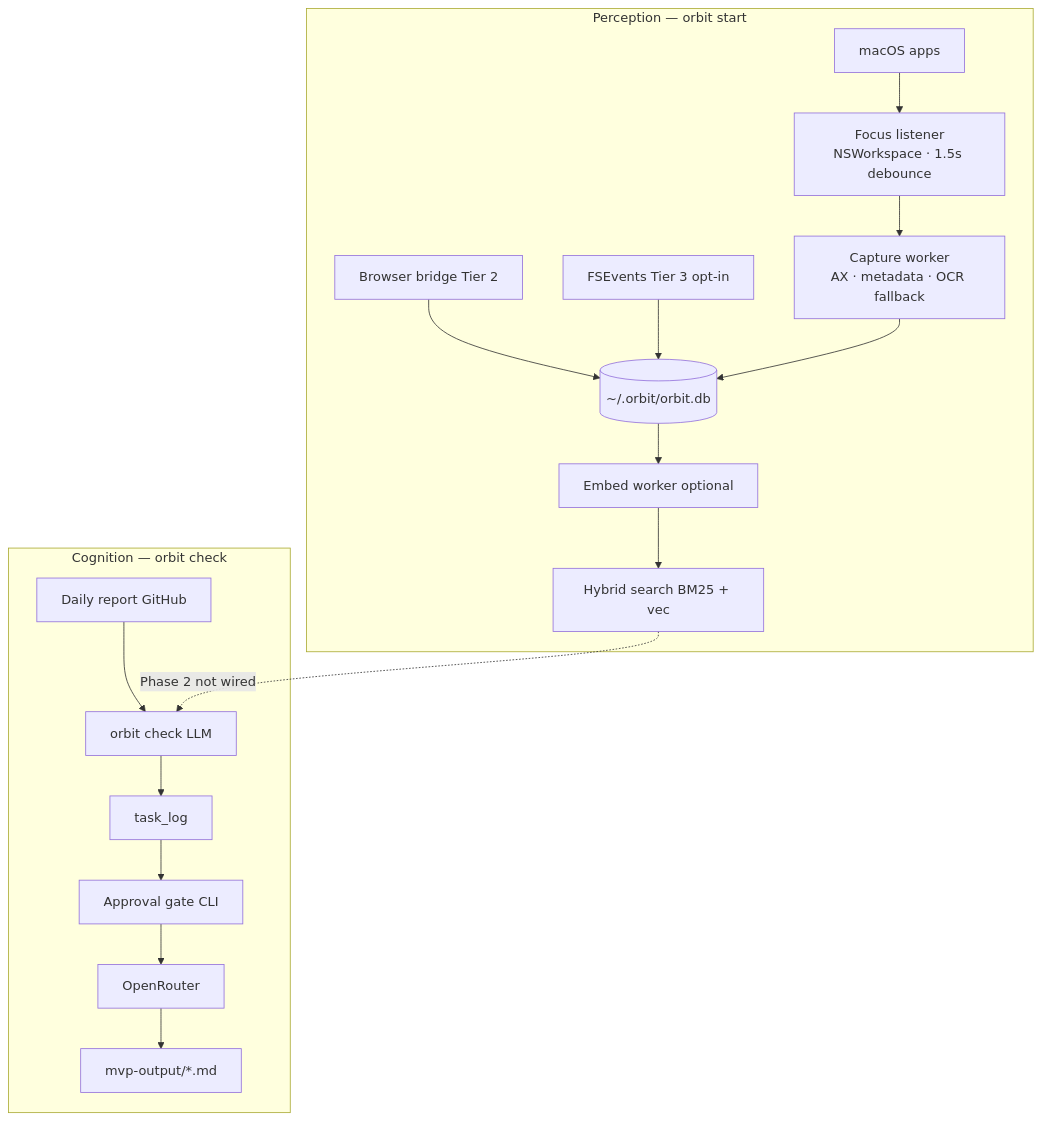
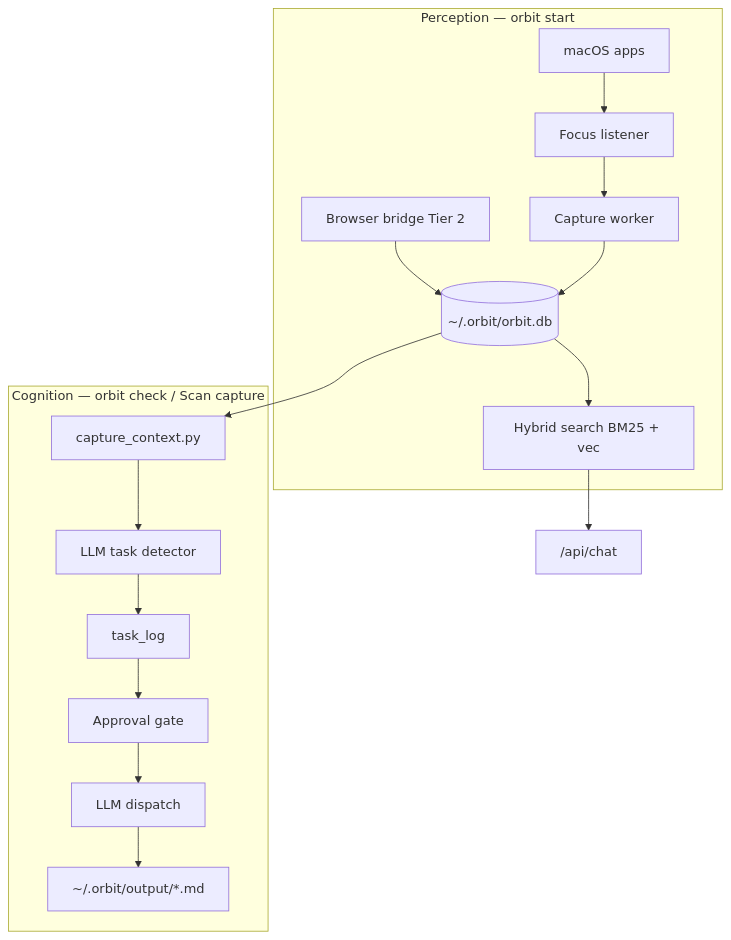
The diagram in docs/architecture-context-routing.md (westsoever/orbit), drawn with Mermaid before and after one commit. The commit also changed other lines of this file and 31 other files, not shown here.

First line of the commit message:
Friend beta: onboarding wizard, sign-in, capture tasks, Kanban board

````diff
--- a/docs/architecture-context-routing.md
+++ b/docs/architecture-context-routing.md
@@ -20,22 +19,21 @@
 ```mermaid
 flowchart TB
   subgraph Perception["Perception — orbit start"]
-    Apps["macOS apps"] --> Listener["Focus listener<br/>NSWorkspace · 1.5s debounce"]
-    Listener --> Worker["Capture worker<br/>AX · metadata · OCR fallback"]
+    Apps["macOS apps"] --> Listener["Focus listener"]
+    Listener --> Worker["Capture worker"]
     Browser["Browser bridge Tier 2"] --> DB[("~/.orbit/orbit.db")]
-    FS["FSEvents Tier 3 opt-in"] --> DB
     Worker --> DB
-    DB --> Embed["Embed worker optional"]
-    Embed --> Search["Hybrid search BM25 + vec"]
+    DB --> Search["Hybrid search BM25 + vec"]
   end
 
-  subgraph Cognition["Cognition — orbit check"]
-    Report["Daily report GitHub"] --> Check["orbit check LLM"]
+  subgraph Cognition["Cognition — orbit check / Scan capture"]
+    DB --> CaptureCtx["capture_context.py"]
+    CaptureCtx --> Check["LLM task detector"]
     Check --> Tasks["task_log"]
-    Tasks --> Approve["Approval gate CLI"]
-    Approve --> Dispatch["OpenRouter"]
-    Dispatch --> Output["mvp-output/*.md"]
+    Tasks --> Approve["Approval gate"]
+    Approve --> Dispatch["LLM dispatch"]
+    Dispatch --> Output["~/.orbit/output/*.md"]
   end
 
-  Search -.->|"Phase 2 not wired"| Check
+  Search --> Chat["/api/chat"]
 ```
````
